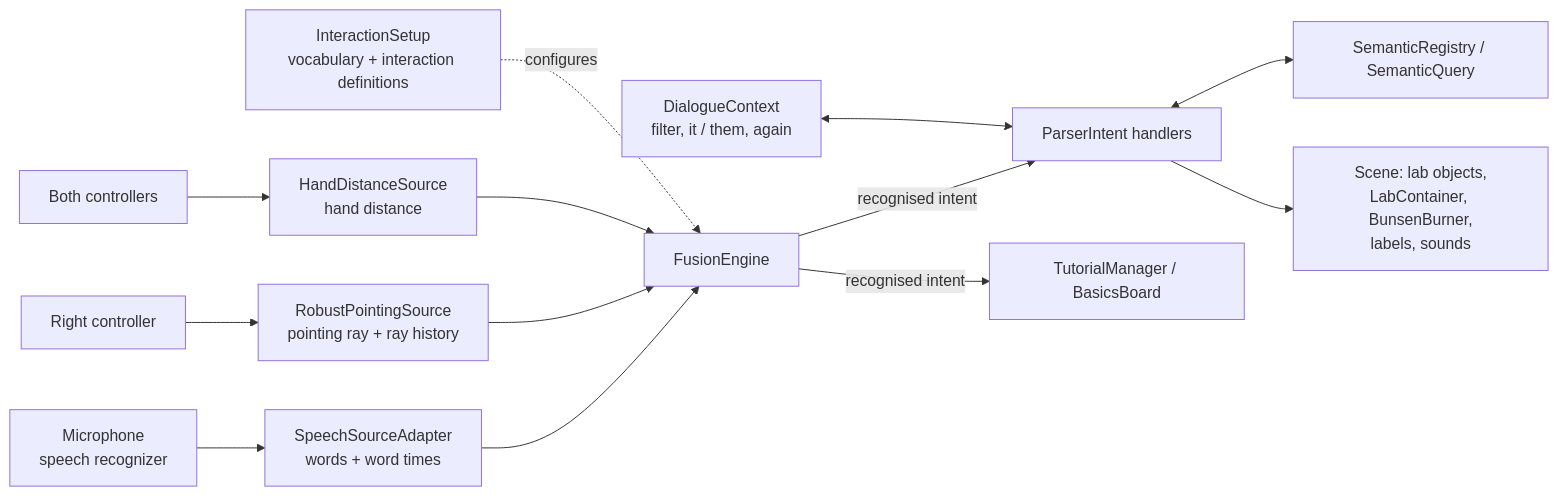
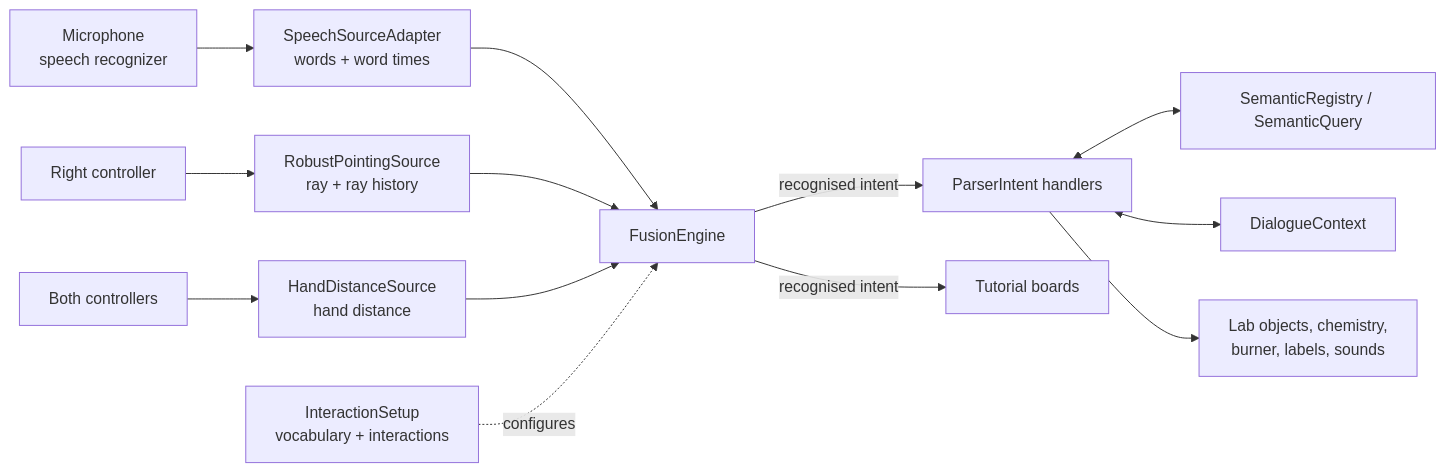
The diagram in README.md (GoyalAvi/MultiModal_VR_Chemistry_Lab), drawn with Mermaid before and after one commit. The commit also changed other lines of this file, not shown here.

First line of the commit message:
Revise README for Multimodal VR Chemistry Lab

````diff
--- a/README.md
+++ b/README.md
@@ -108,15 +85,15 @@
 ```mermaid
 flowchart LR
     MIC[Microphone<br/>speech recognizer] --> SA[SpeechSourceAdapter<br/>words + word times]
-    CTRL[Right controller] --> PS[RobustPointingSource<br/>pointing ray + ray history]
+    CTRL[Right controller] --> PS[RobustPointingSource<br/>ray + ray history]
     HANDS[Both controllers] --> HD[HandDistanceSource<br/>hand distance]
     SA --> FE[FusionEngine]
     PS --> FE
     HD --> FE
-    IS[InteractionSetup<br/>vocabulary + interaction definitions] -.configures.-> FE
+    IS[InteractionSetup<br/>vocabulary + interactions] -.configures.-> FE
     FE -->|recognised intent| PI[ParserIntent handlers]
-    FE -->|recognised intent| TB[TutorialManager / BasicsBoard]
+    FE -->|recognised intent| TB[Tutorial boards]
     PI <--> SQ[SemanticRegistry / SemanticQuery]
-    PI --> SCENE[Scene: lab objects,<br/>LabContainer, BunsenBurner,<br/>labels, sounds]
-    DC[DialogueContext<br/>filter, it / them, again] <--> PI
+    PI <--> DC[DialogueContext]
+    PI --> SCENE[Lab objects, chemistry,<br/>burner, labels, sounds]
 ```
````
